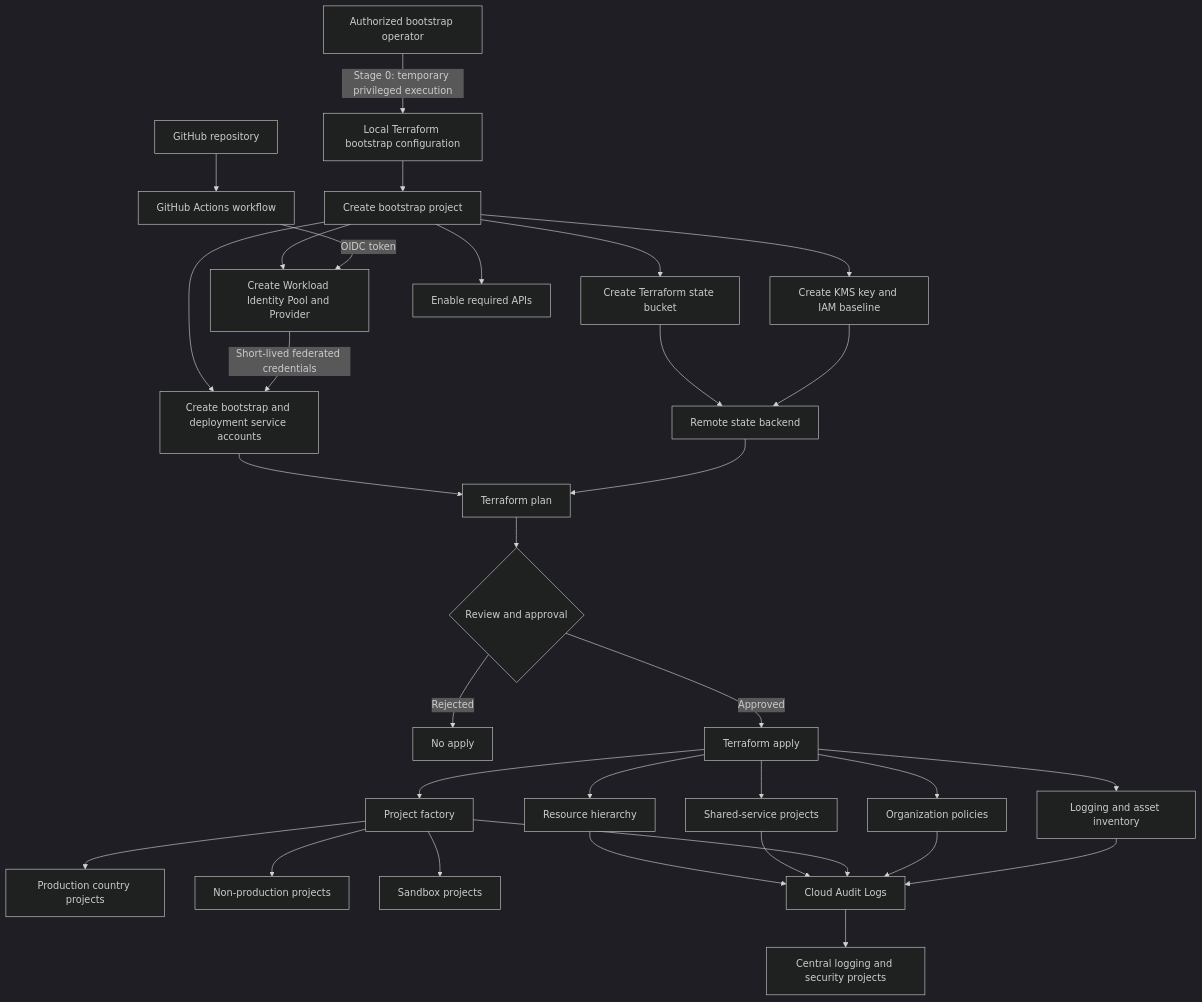
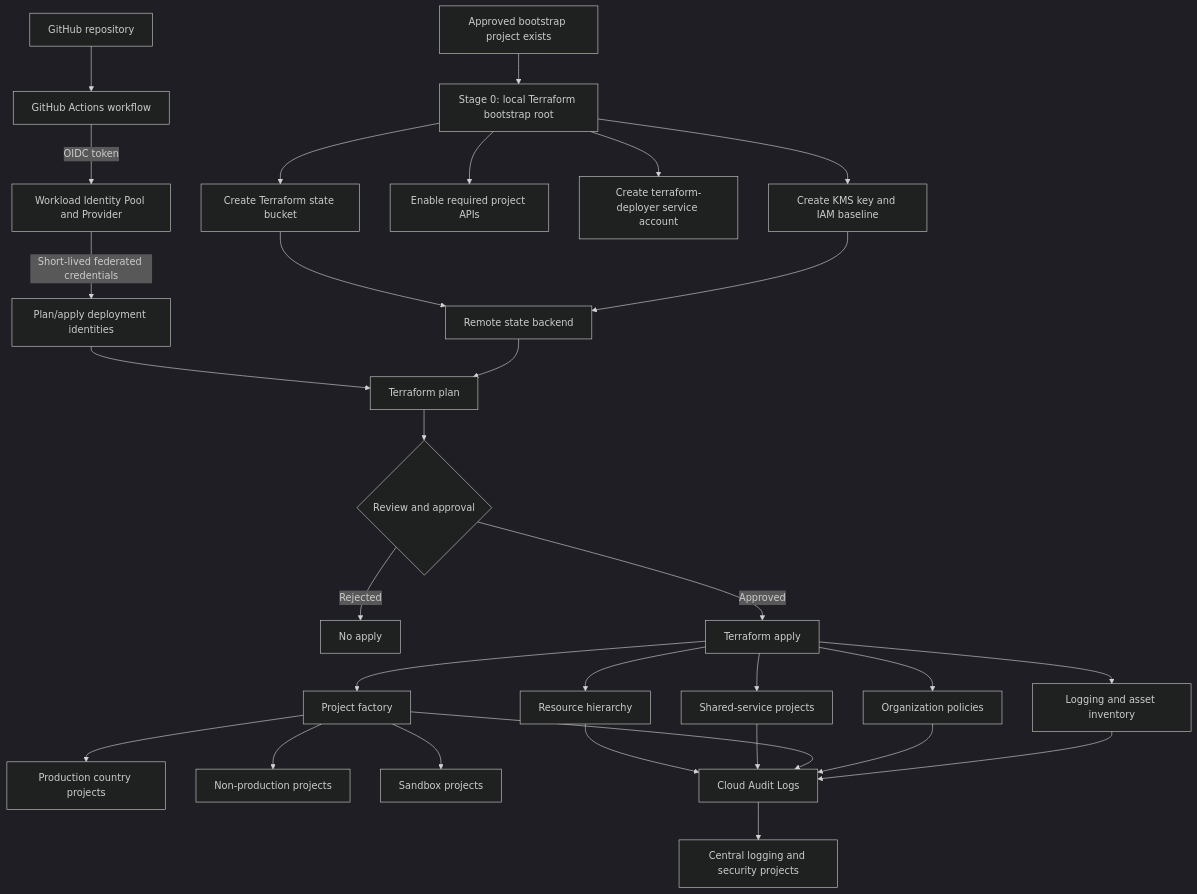
One commit to larrymiami/Afyabridge-Cloud-Security changed the first of 3 diagrams in docs/architecture/diagrams/bootstrap-flow.md. Above: the diagram before and after it, drawn with Mermaid (dark theme). The commit also changed other lines of this file, not shown here.

Commit message:
docs(architecture): align bootstrap flow with live root boundary

````diff
--- a/docs/architecture/diagrams/bootstrap-flow.md
+++ b/docs/architecture/diagrams/bootstrap-flow.md
@@ -9,41 +9,39 @@
 ```mermaid
 flowchart TD
-    A[Authorized bootstrap operator] -->|Stage 0: temporary privileged execution| B[Local Terraform bootstrap configuration]
+    A[Approved bootstrap project exists] --> B[Stage 0: local Terraform bootstrap root]
 
-    B --> C[Create bootstrap project]
-    C --> D[Create Terraform state bucket]
-    C --> E[Create KMS key and IAM baseline]
-    C --> F[Enable required APIs]
-    C --> G[Create Workload Identity Pool and Provider]
-    C --> H[Create bootstrap and deployment service accounts]
+    B --> D[Create Terraform state bucket]
+    B --> E[Create KMS key and IAM baseline]
+    B --> F[Enable required project APIs]
+    B --> H[Create terraform-deployer service account]
 
     D --> I[Remote state backend]
     E --> I
 
     J[GitHub repository] --> K[GitHub Actions workflow]
-    K -->|OIDC token| G
-    G -->|Short-lived federated credentials| H
+    K -->|OIDC token| G[Workload Identity Pool and Provider]
+    G -->|Short-lived federated credentials| P[Plan/apply deployment identities]
 
-    H --> L[Terraform plan]
+    P --> L[Terraform plan]
     I --> L
     L --> M{Review and approval}
     M -->|Rejected| N[No apply]
     M -->|Approved| O[Terraform apply]
 
-    O --> P[Resource hierarchy]
-    O --> Q[Shared-service projects]
-    O --> R[Project factory]
-    O --> S[Organization policies]
-    O --> T[Logging and asset inventory]
+    O --> Q[Resource hierarchy]
+    O --> R[Shared-service projects]
+    O --> S[Project factory]
+    O --> T[Organization policies]
+    O --> U[Logging and asset inventory]
 
-    R --> U[Production country projects]
-    R --> V[Non-production projects]
-    R --> W[Sandbox projects]
+    S --> V[Production country projects]
+    S --> W[Non-production projects]
+    S --> X[Sandbox projects]
 
-    P --> X[Cloud Audit Logs]
-    Q --> X
-    R --> X
-    S --> X
-    T --> X
-    X --> Y[Central logging and security projects]
+    Q --> Y[Cloud Audit Logs]
+    R --> Y
+    S --> Y
+    T --> Y
+    U --> Y
+    Y --> Z[Central logging and security projects]
 ```
````
